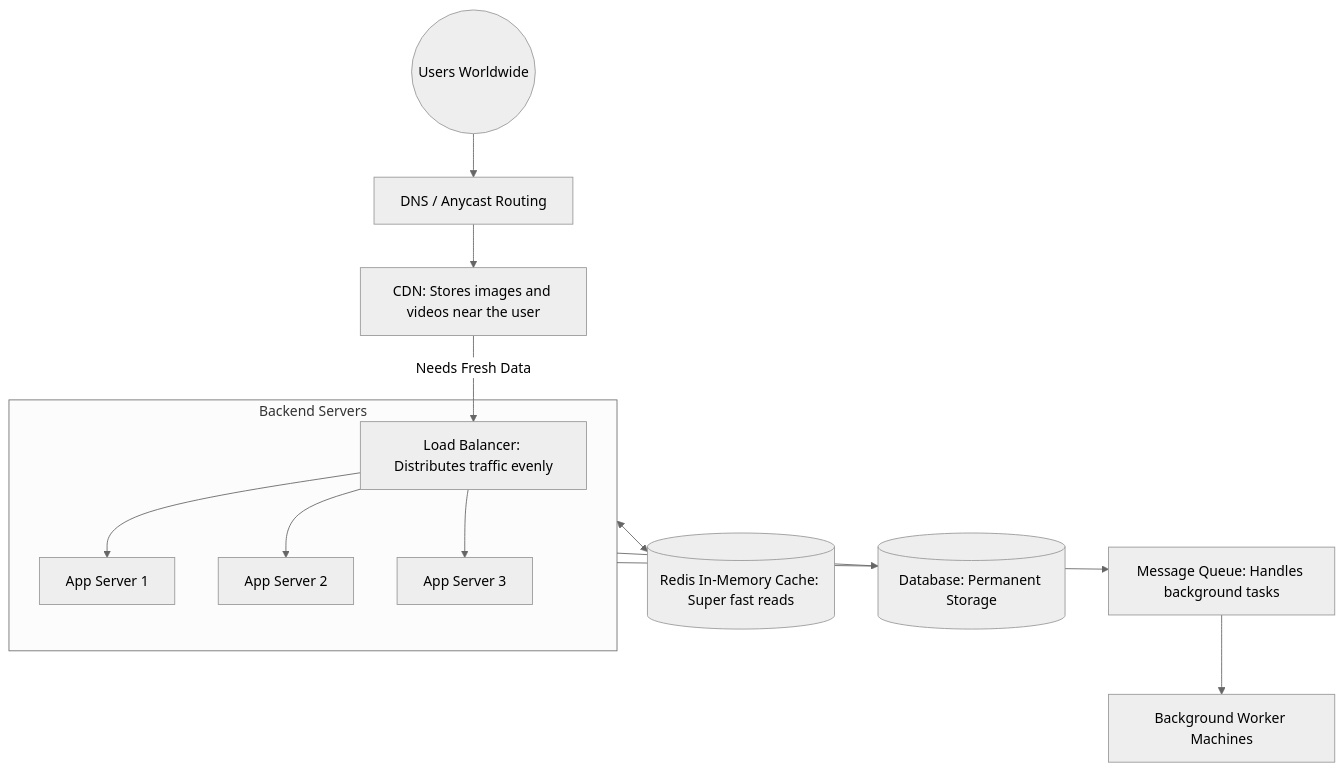
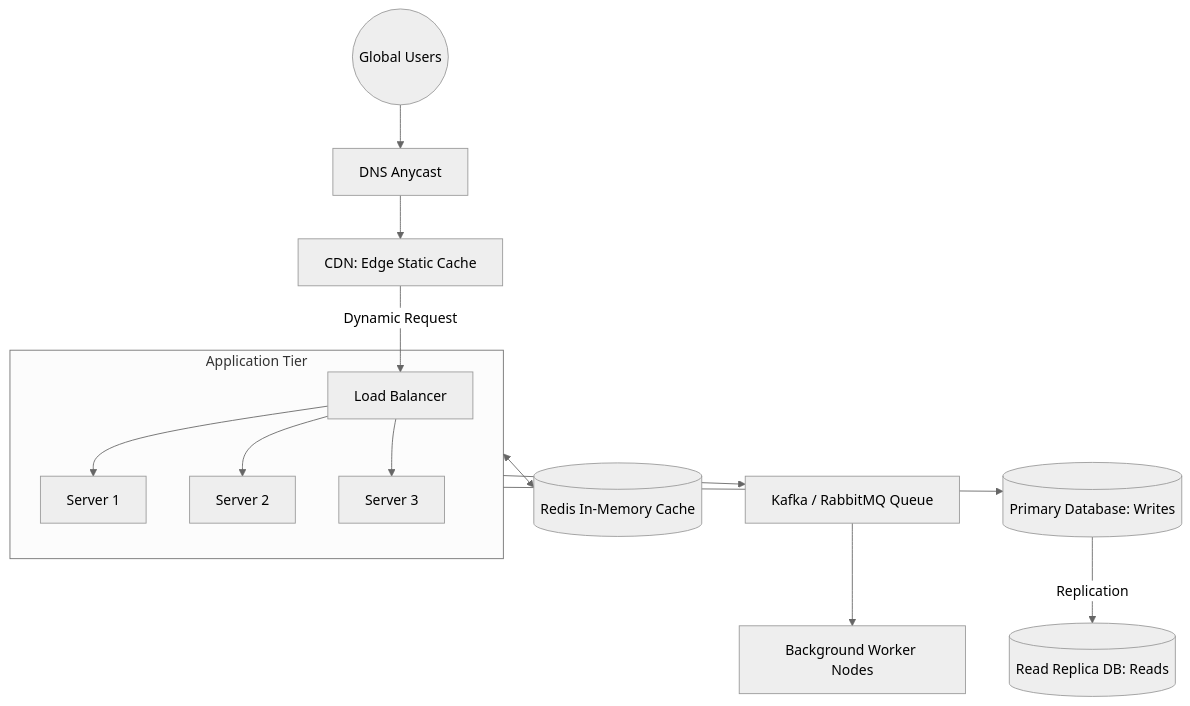
The eighth of 21 diagrams in README.md (Sujalkathait/high-level-design), drawn with Mermaid (neutral theme) before and after one commit. The commit also changed other lines of this file, not shown here.

````diff
--- a/README.md
+++ b/README.md
@@ -370,18 +232,19 @@
 ```mermaid
 graph TD
-    User((Users Worldwide)) --> DNS[DNS / Anycast Routing]
-    DNS --> CDN[CDN: Stores images and videos near the user]
-    CDN -- Needs Fresh Data --> LB[Load Balancer: Distributes traffic evenly]
-    
-    subgraph WebTier [Backend Servers]
-        LB --> Server1[App Server 1]
-        LB --> Server2[App Server 2]
-        LB --> Server3[App Server 3]
+    Users((Global Users)) --> DNS[DNS Anycast]
+    DNS --> CDN[CDN: Edge Static Cache]
+    CDN -- Dynamic Request --> LB[Load Balancer]
+
+    subgraph AppTier [Application Tier]
+        LB --> S1[Server 1]
+        LB --> S2[Server 2]
+        LB --> S3[Server 3]
     end
 
-    WebTier <--> Cache[(Redis In-Memory Cache: Super fast reads)]
-    WebTier --> Queue[Message Queue: Handles background tasks]
-    Queue --> Workers[Background Worker Machines]
-    
-    WebTier --> DB[(Database: Permanent Storage)]
+    AppTier <--> Cache[(Redis In-Memory Cache)]
+    AppTier --> Queue[Kafka / RabbitMQ Queue]
+    Queue --> Workers[Background Worker Nodes]
+
+    AppTier --> MasterDB[(Primary Database: Writes)]
+    MasterDB -- Replication --> ReplicaDB[(Read Replica DB: Reads)]
 ```
````
